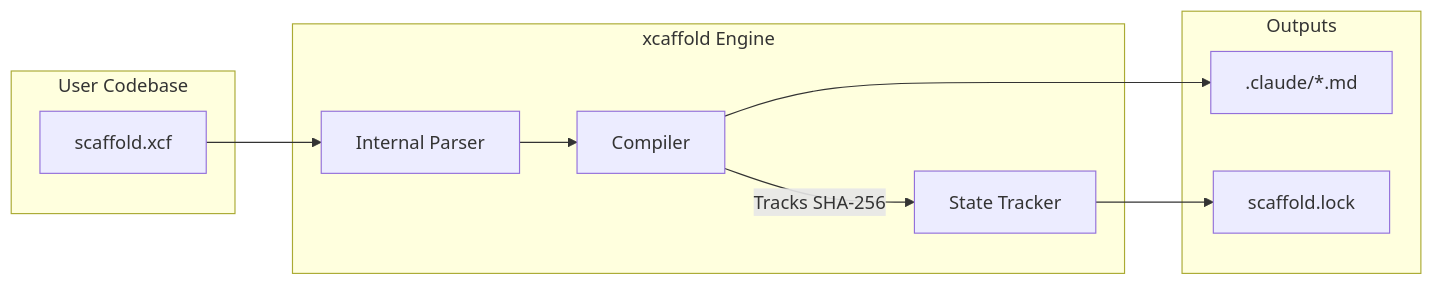
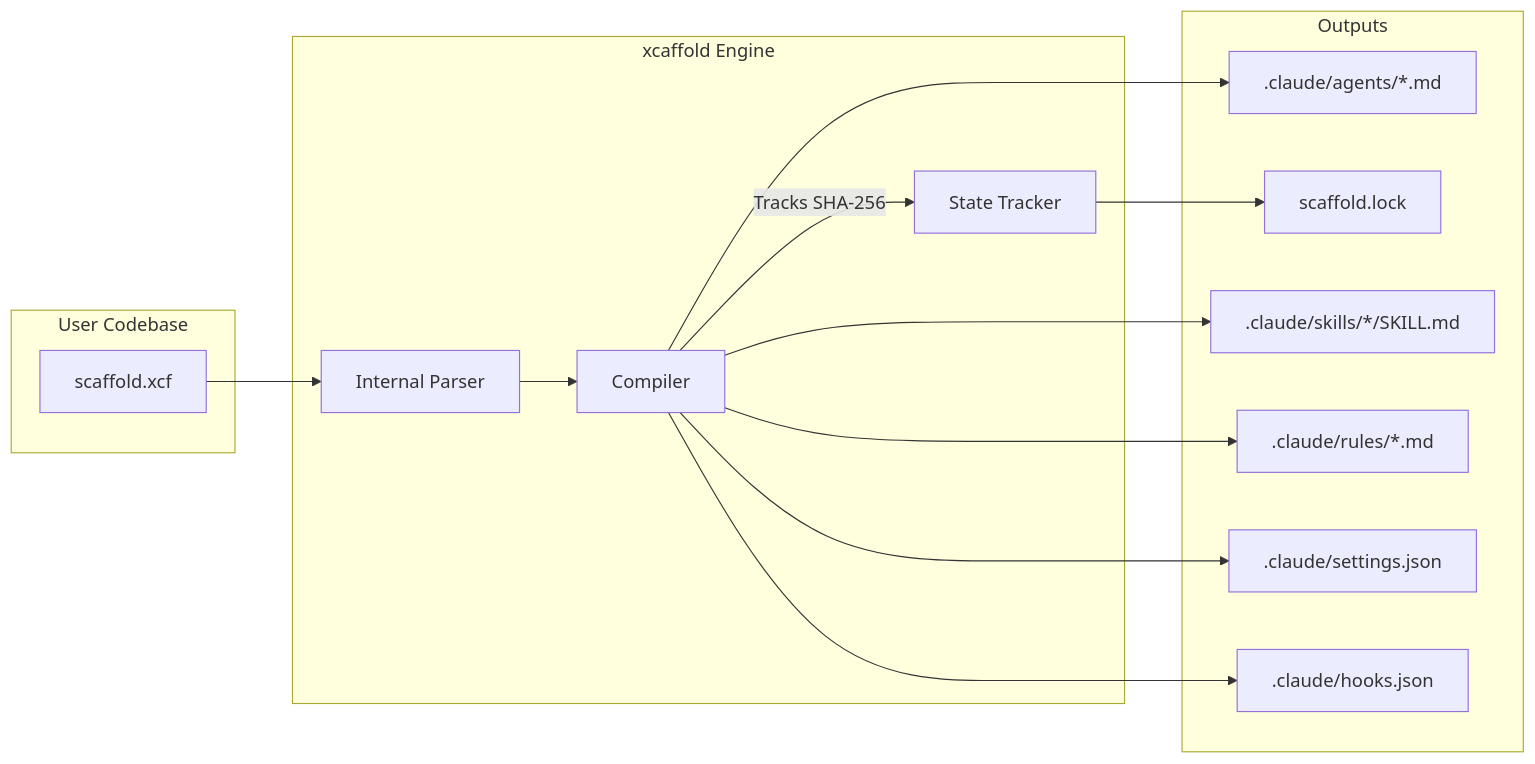
One commit to saero-ai/xcaffold changed the first of 2 diagrams in docs/architecture.md. Above: the diagram before and after it, drawn with Mermaid. The commit also changed other lines of this file and 19 other files, not shown here.

First line of the commit message:
feat(compiler): expand compilation surface with graph, import, and instruction files

````diff
--- a/docs/architecture.md
+++ b/docs/architecture.md
@@ -7,23 +7,31 @@
 ```mermaid
 graph LR
   subgraph User Codebase
     A[scaffold.xcf]
   end
 
   subgraph xcaffold Engine
     B[Internal Parser]
     C[Compiler]
     D[State Tracker]
   end
 
   subgraph Outputs
-    E[.claude/*.md]
-    F[scaffold.lock]
+    E[".claude/agents/*.md"]
+    F["scaffold.lock"]
+    G[".claude/skills/*/SKILL.md"]
+    H[".claude/rules/*.md"]
+    I[".claude/settings.json"]
+    J[".claude/hooks.json"]
   end
 
   A --> B
   B --> C
   C --> E
+  C --> G
+  C --> H
+  C --> I
+  C --> J
   C -->|Tracks SHA-256| D
   D --> F
 ```
````
